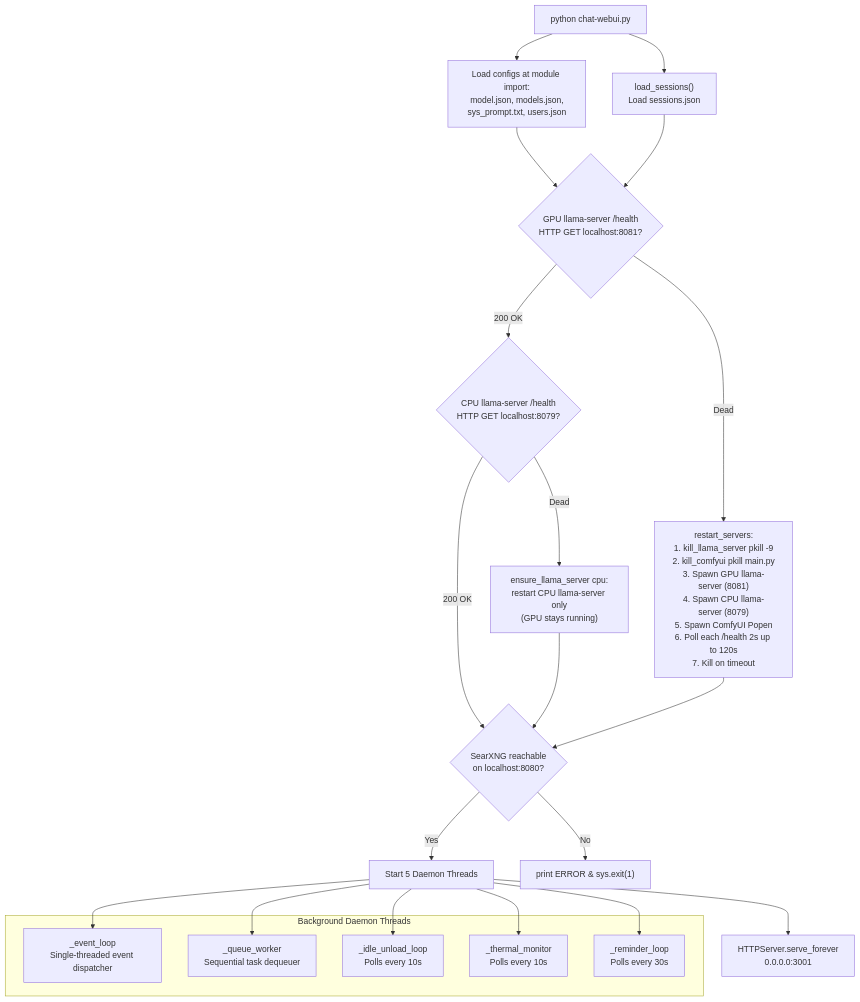
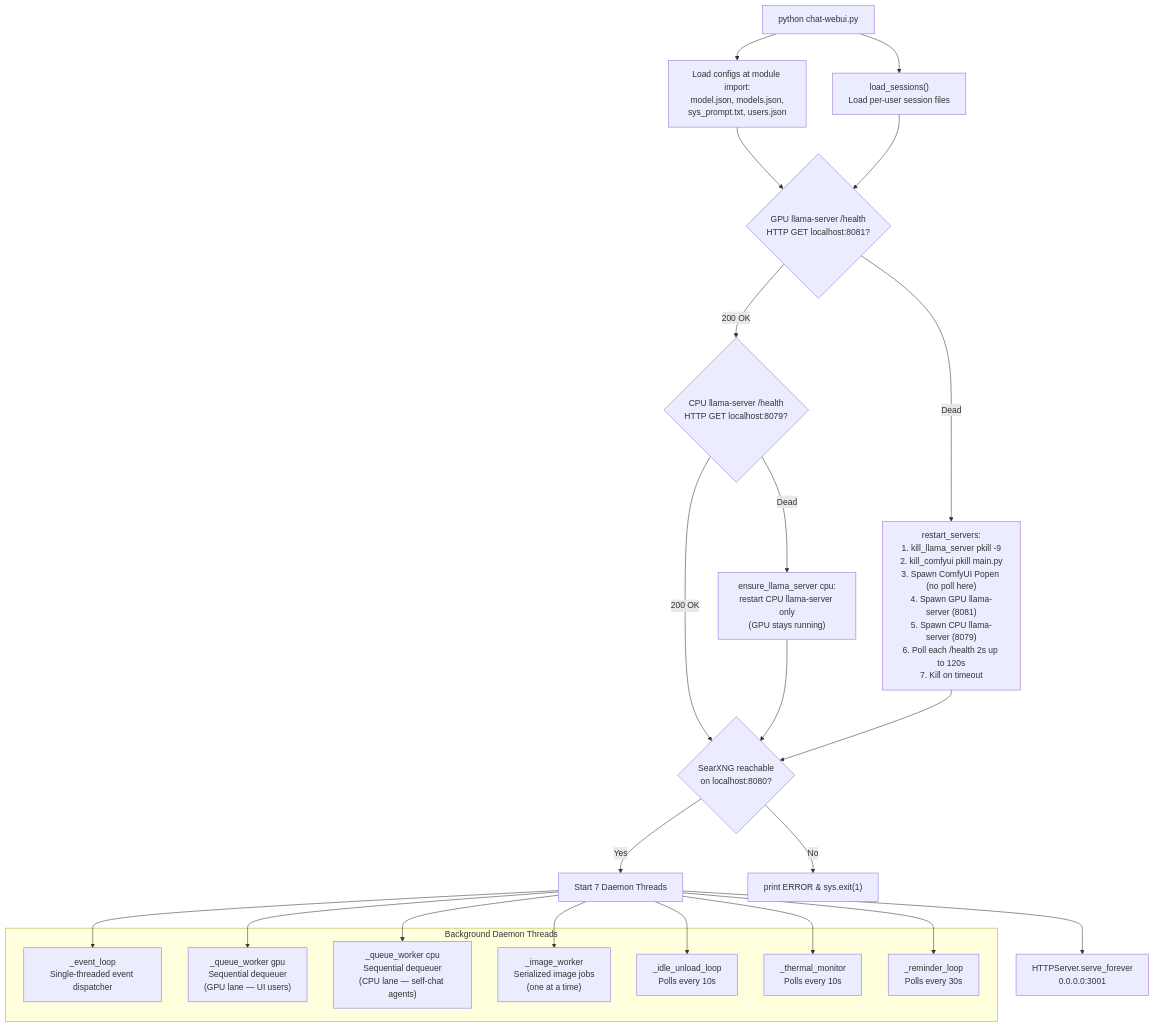
Before and after one commit to Palash90/local-ai: the fourth of 12 diagrams in README.md, drawn with Mermaid. The commit also changed other lines of this file and 24 other files, not shown here.

````diff
--- a/README.md
+++ b/README.md
@@ -257,24 +260,26 @@
 ```mermaid
 graph TD
     A["python chat-webui.py"] --> A1["Load configs at module import:\nmodel.json, models.json,\nsys_prompt.txt, users.json"]
-    A --> B["load_sessions()\nLoad sessions.json"]
+    A --> B["load_sessions()\nLoad per-user session files"]
     A1 & B --> C{"GPU llama-server /health\nHTTP GET localhost:8081?"}
     C -- "200 OK" --> C2{"CPU llama-server /health\nHTTP GET localhost:8079?"}
-    C -- "Dead" --> Restart["restart_servers:\n1. kill_llama_server pkill -9\n2. kill_comfyui pkill main.py\n3. Spawn GPU llama-server (8081)\n4. Spawn CPU llama-server (8079)\n5. Spawn ComfyUI Popen\n6. Poll each /health 2s up to 120s\n7. Kill on timeout"]
+    C -- "Dead" --> Restart["restart_servers:\n1. kill_llama_server pkill -9\n2. kill_comfyui pkill main.py\n3. Spawn ComfyUI Popen (no poll here)\n4. Spawn GPU llama-server (8081)\n5. Spawn CPU llama-server (8079)\n6. Poll each /health 2s up to 120s\n7. Kill on timeout"]
     C2 -- "Dead" --> EnsureCPU["ensure_llama_server cpu:\nrestart CPU llama-server only\n(GPU stays running)"]
     C2 -- "200 OK" --> D{"SearXNG reachable\non localhost:8080?"}
     EnsureCPU --> D
-    D -- "Yes" --> E["Start 5 Daemon Threads"]
+    D -- "Yes" --> E["Start 7 Daemon Threads"]
     D -- "No" --> Exit["print ERROR & sys.exit(1)"]
     Restart --> D
 
     subgraph Daemons ["Background Daemon Threads"]
         E1["_event_loop\nSingle-threaded event dispatcher"]
-        E2["_queue_worker\nSequential task dequeuer"]
-        E3["_idle_unload_loop\nPolls every 10s"]
-        E4["_thermal_monitor\nPolls every 10s"]
-        E5["_reminder_loop\nPolls every 30s"]
+        E2["_queue_worker gpu\nSequential dequeuer\n(GPU lane — UI users)"]
+        E3["_queue_worker cpu\nSequential dequeuer\n(CPU lane — self-chat agents)"]
+        E4["_image_worker\nSerialized image jobs\n(one at a time)"]
+        E5["_idle_unload_loop\nPolls every 10s"]
+        E6["_thermal_monitor\nPolls every 10s"]
+        E7["_reminder_loop\nPolls every 30s"]
     end
-    E --> E1 & E2 & E3 & E4 & E5
+    E --> E1 & E2 & E3 & E4 & E5 & E6 & E7
     E --> F["HTTPServer.serve_forever\n0.0.0.0:3001"]
 ```
````
